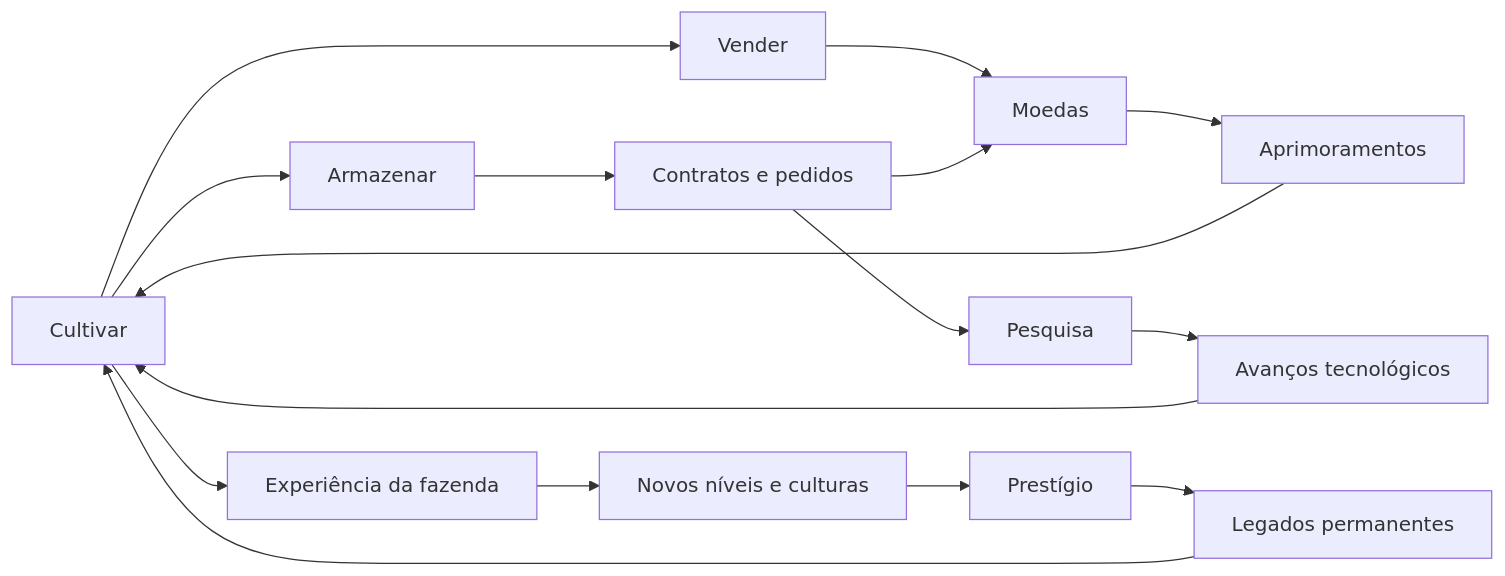
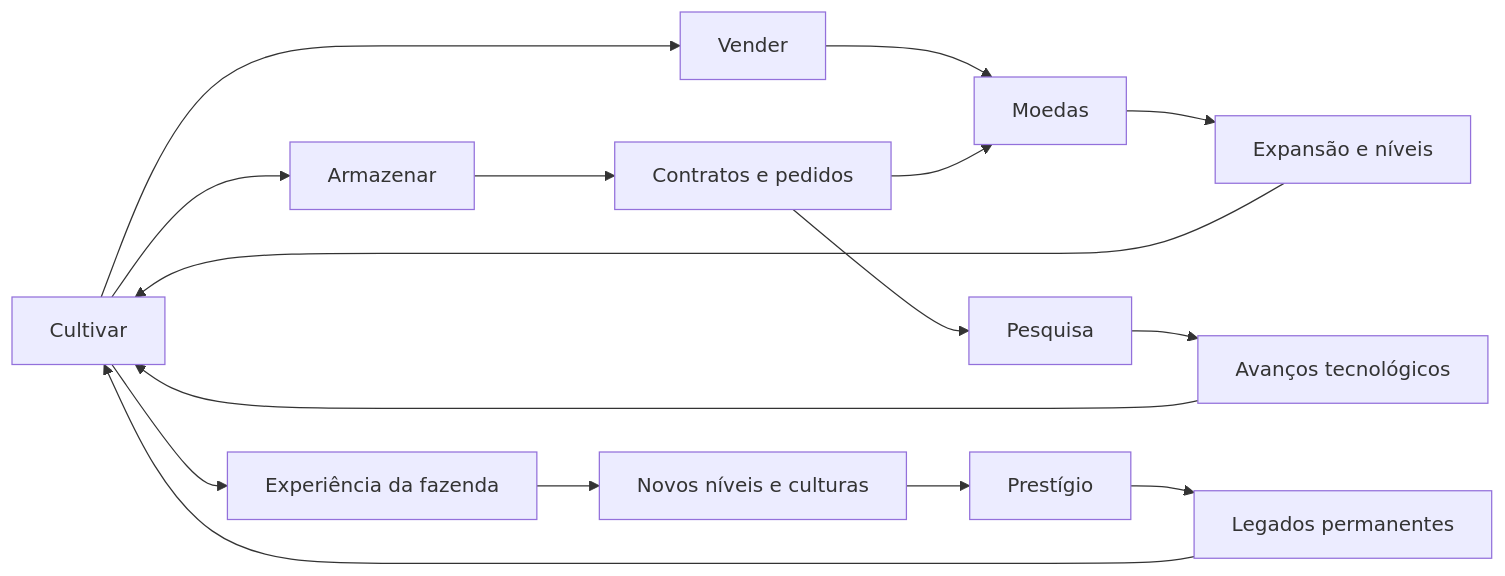
One commit to kaikdandrade/FazendaSerena changed the first of 2 diagrams in README.md. Above: the diagram before and after it, drawn with Mermaid. The commit also changed other lines of this file, not shown here.

````diff
--- a/README.md
+++ b/README.md
@@ -53,18 +53,18 @@
 ```mermaid
 flowchart LR
     A[Cultivar] --> B[Armazenar]
     A --> C[Vender]
     B --> D[Contratos e pedidos]
     C --> E[Moedas]
     D --> E
     D --> F[Pesquisa]
-    E --> G[Aprimoramentos]
+    E --> G[Expansão e níveis]
     F --> H[Avanços tecnológicos]
     G --> A
     H --> A
     A --> I[Experiência da fazenda]
     I --> J[Novos níveis e culturas]
     J --> K[Prestígio]
     K --> L[Legados permanentes]
     L --> A
 ```
````
